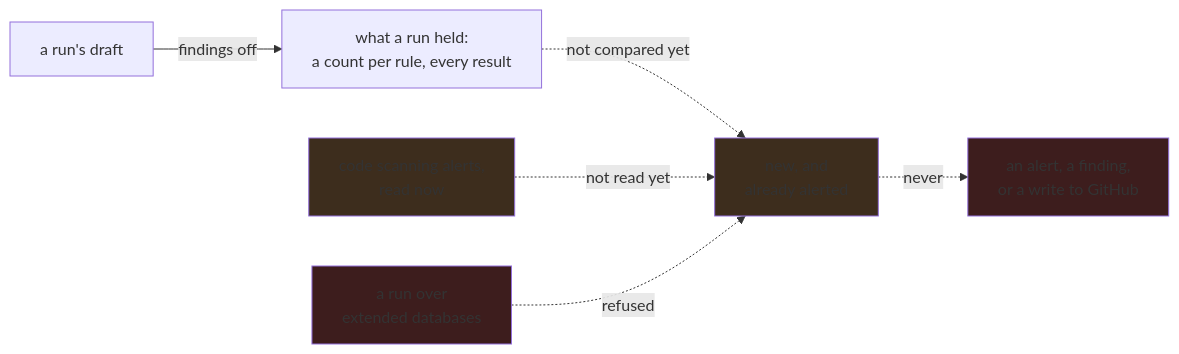
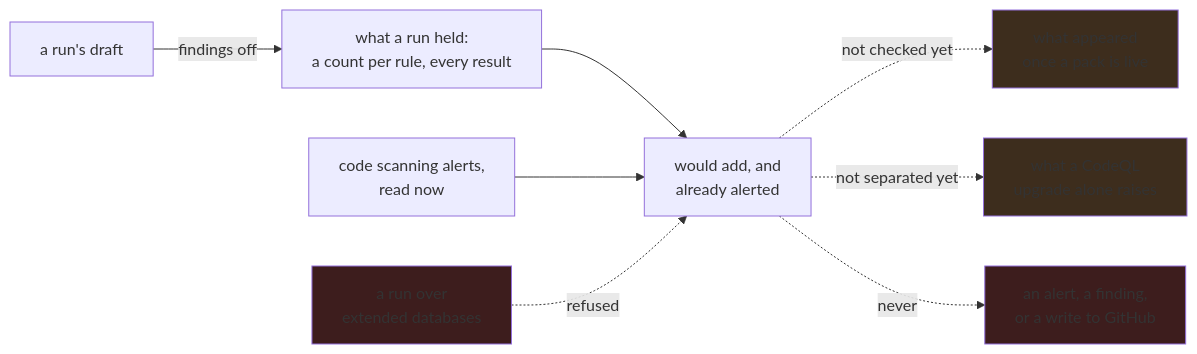
Before and after one commit to advanced-security/codeql-abom: the diagram in plans/api/query-simulation.md, drawn with Mermaid. The commit also changed other lines of this file and 115 other files, not shown here.

````diff
--- a/plans/api/query-simulation.md
+++ b/plans/api/query-simulation.md
@@ -51,12 +46,14 @@
 ```mermaid
 flowchart LR
     DRAFT["a run's draft"] -->|"findings off"| HELD["what a run held:<br/>a count per rule, every result"]
-    HELD -. "not compared yet" .-> CMP["new, and<br/>already alerted"]
-    ALERTS["code scanning alerts,<br/>read now"] -. "not read yet" .-> CMP
+    HELD --> CMP["would add, and<br/>already alerted"]
+    ALERTS["code scanning alerts,<br/>read now"] --> CMP
     EXT["a run over<br/>extended databases"] -. "refused" .-> CMP
+    CMP -. "not checked yet" .-> LIVE["what appeared<br/>once a pack is live"]
+    CMP -. "not separated yet" .-> UPGRADE["what a CodeQL<br/>upgrade alone raises"]
     CMP -. "never" .-> WRITE["an alert, a finding,<br/>or a write to GitHub"]
-    style CMP fill:#3d2d1d
-    style ALERTS fill:#3d2d1d
+    style LIVE fill:#3d2d1d
+    style UPGRADE fill:#3d2d1d
     style EXT fill:#3d1d1d
     style WRITE fill:#3d1d1d
 ```
````
